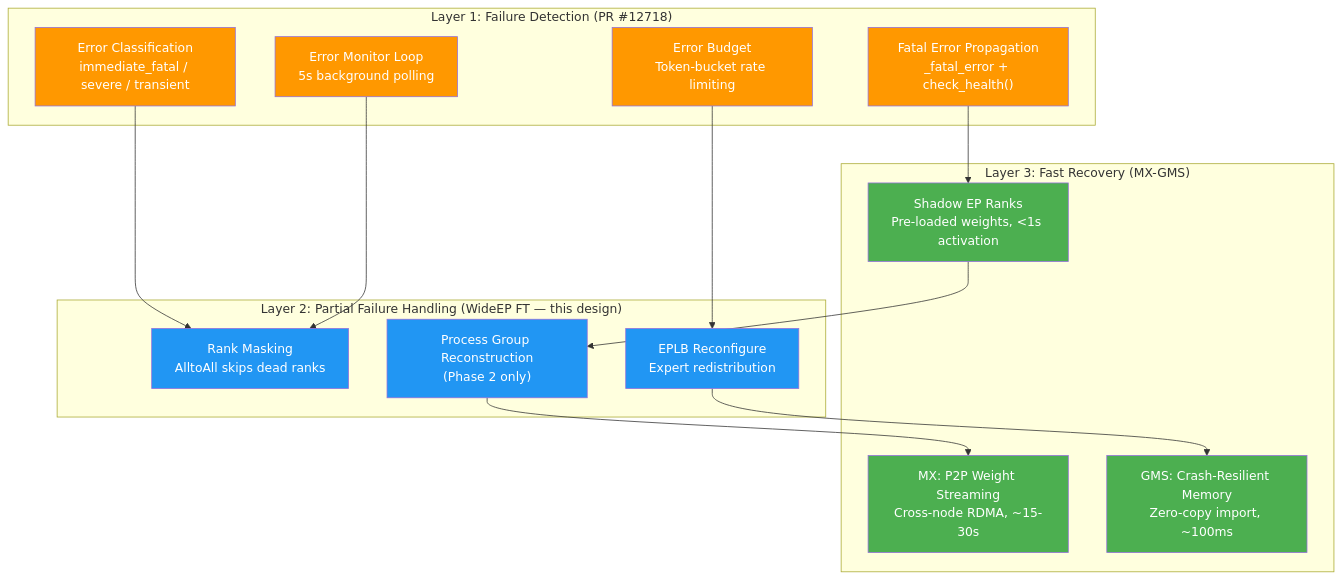
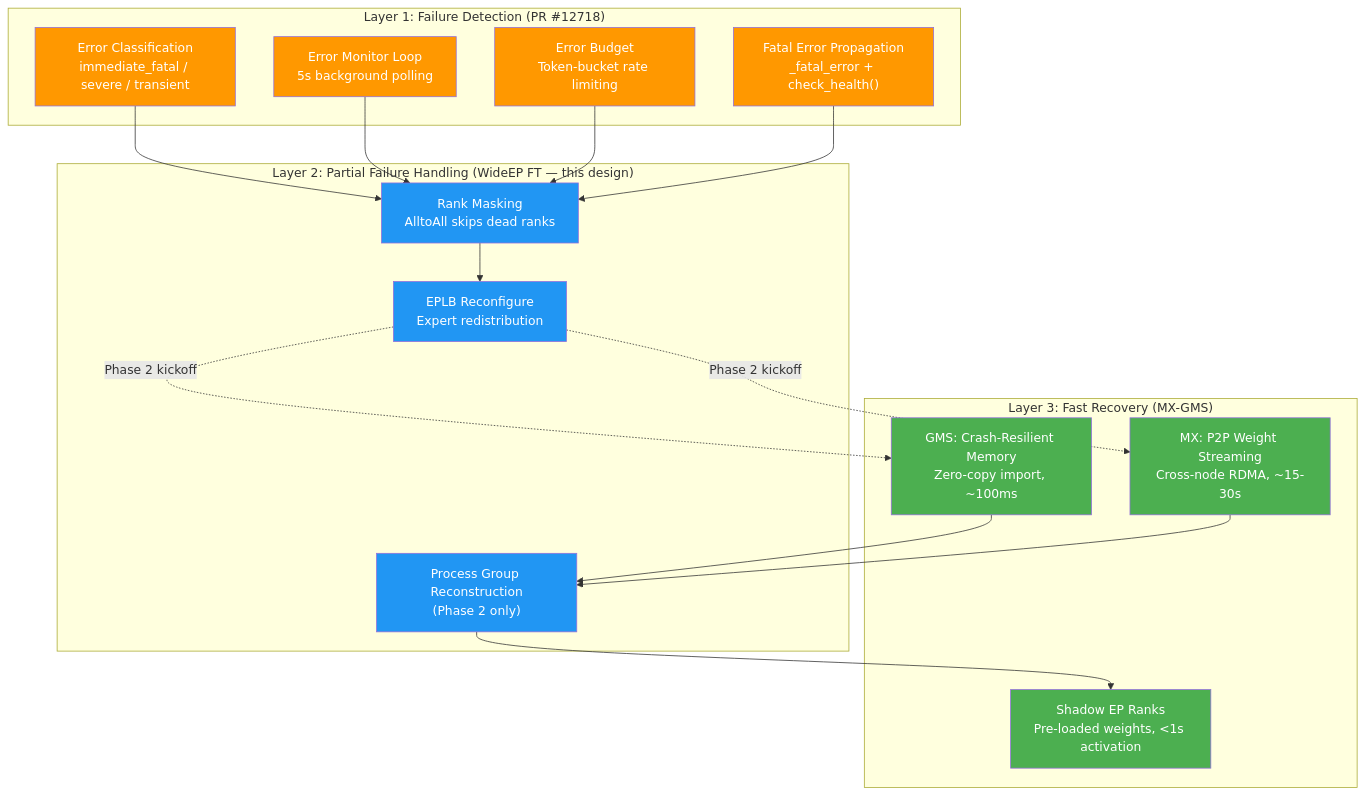
The first of 4 diagrams in docs/design/wide-ep-fault-tolerance/08-mx-gms-integration.md (chienchunhung/TensorRT-LLM), drawn with Mermaid before and after one commit. The commit also changed other lines of this file and 1 other file, not shown here.

````diff
--- a/docs/design/wide-ep-fault-tolerance/08-mx-gms-integration.md
+++ b/docs/design/wide-ep-fault-tolerance/08-mx-gms-integration.md
@@ -11,41 +11,51 @@
 ```mermaid
 graph TB
     subgraph "Layer 3: Fast Recovery (MX-GMS)"
         MX["MX: P2P Weight Streaming<br/>Cross-node RDMA, ~15-30s"]
         GMS["GMS: Crash-Resilient Memory<br/>Zero-copy import, ~100ms"]
         Shadow["Shadow EP Ranks<br/>Pre-loaded weights, <1s activation"]
     end
 
     subgraph "Layer 2: Partial Failure Handling (WideEP FT — this design)"
         Mask["Rank Masking<br/>AlltoAll skips dead ranks"]
         EPLB_R["EPLB Reconfigure<br/>Expert redistribution"]
         PG["Process Group Reconstruction<br/>(Phase 2 only)"]
     end
 
     subgraph "Layer 1: Failure Detection (PR #12718)"
         EC["Error Classification<br/>immediate_fatal / severe / transient"]
         EB["Error Budget<br/>Token-bucket rate limiting"]
         FE["Fatal Error Propagation<br/>_fatal_error + check_health()"]
         EM["Error Monitor Loop<br/>5s background polling"]
     end
 
+    %% Layer 1 → Layer 2: detection primitives all drive the per-rank mask.
     EC --> Mask
-    EB --> EPLB_R
-    FE --> Shadow
     EM --> Mask
+    EB --> Mask
+    FE --> Mask
 
-    EPLB_R --> GMS
-    PG --> MX
-    Shadow --> PG
+    %% Within Layer 2 (Phase 1 survival path): mask change drives EPLB reconfigure.
+    Mask --> EPLB_R
+
+    %% Layer 2 → Layer 3 (Phase 2 recovery path, triggered once Phase 1 is stable
+    %% and the orchestrator provisions a replacement rank). Weights are imported
+    %% via GMS or MX first, then the process group is reconstructed, then the
+    %% shadow / replacement EP rank activates.
+    EPLB_R -.->|Phase 2 kickoff| GMS
+    EPLB_R -.->|Phase 2 kickoff| MX
+    GMS --> PG
+    MX --> PG
+    PG --> Shadow
 
     style MX fill:#4CAF50,color:#fff
     style GMS fill:#4CAF50,color:#fff
     style Shadow fill:#4CAF50,color:#fff
     style Mask fill:#2196F3,color:#fff
     style EPLB_R fill:#2196F3,color:#fff
     style PG fill:#2196F3,color:#fff
     style EC fill:#FF9800,color:#fff
     style EB fill:#FF9800,color:#fff
     style FE fill:#FF9800,color:#fff
     style EM fill:#FF9800,color:#fff
 ```
````
